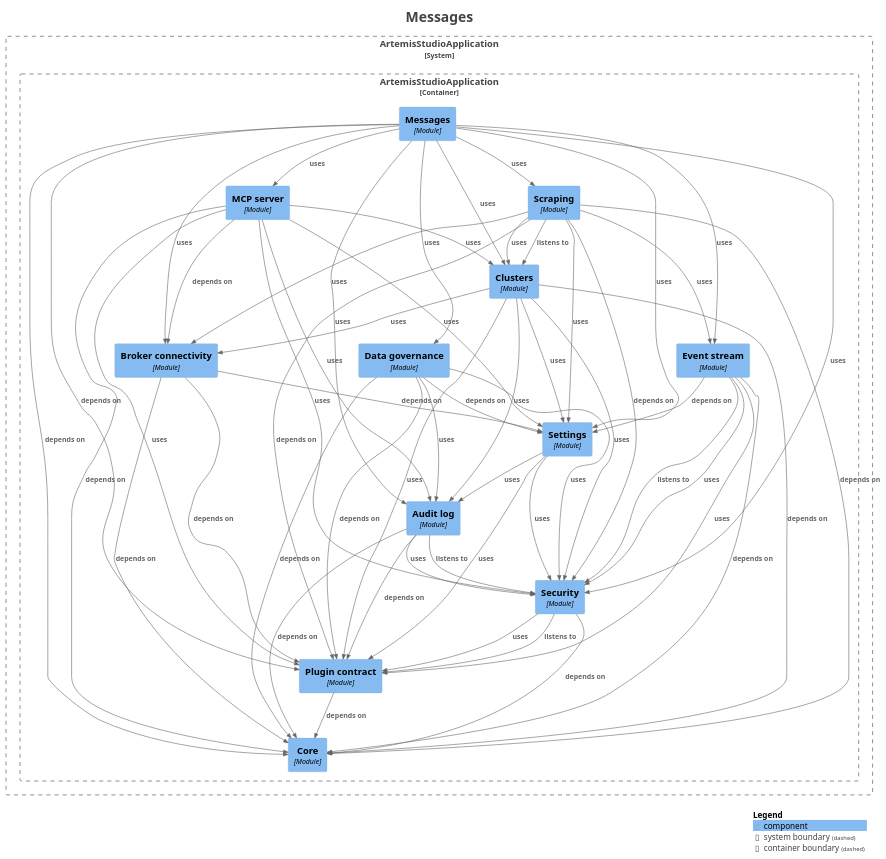
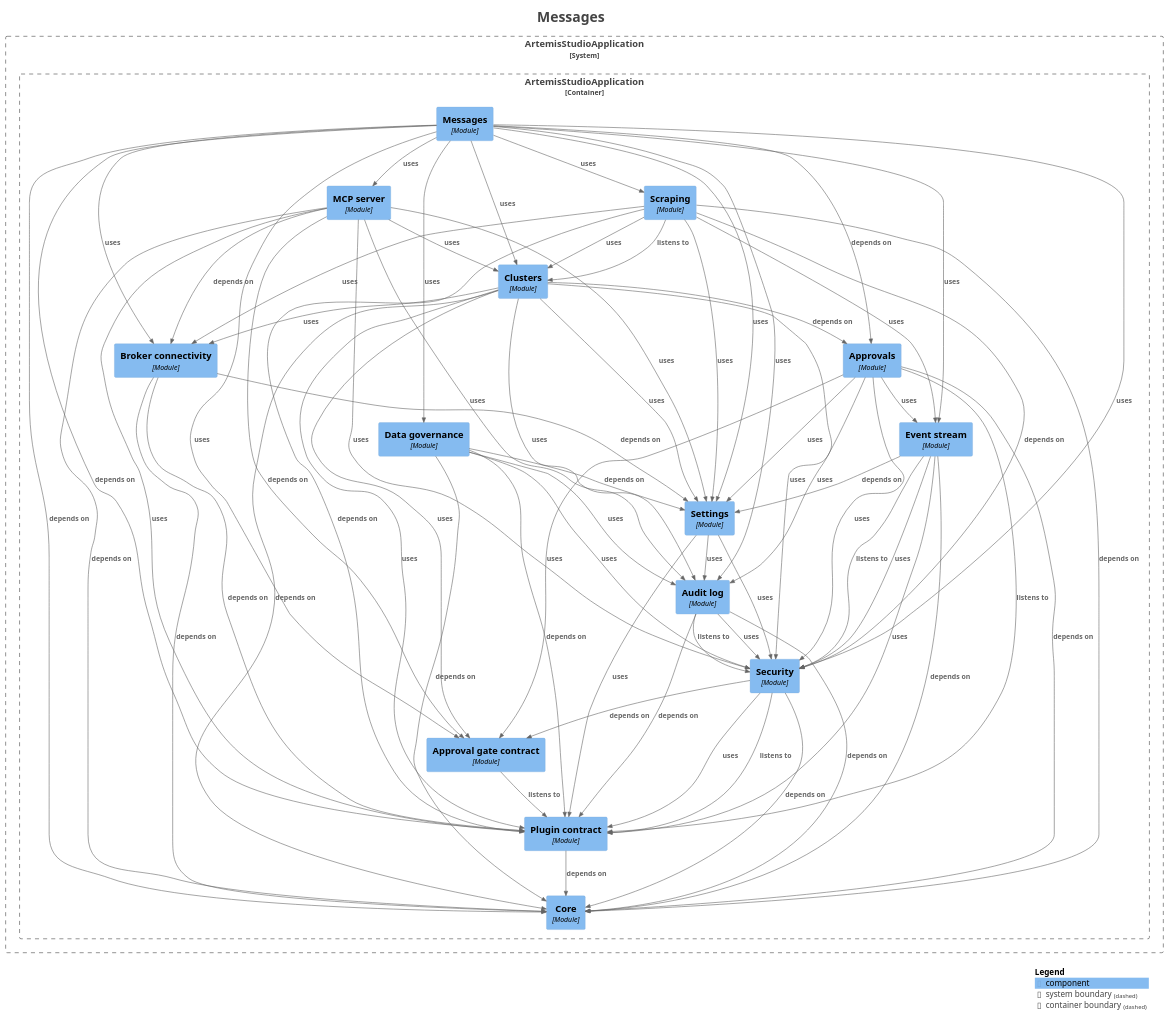
One commit to sudoitir/artemis-studio changed the diagram in docs/modules/module-feature.messages.puml. Above: the diagram before and after it, drawn with PlantUML. The commit also changed 12 other files, not shown here.

Commit message:
docs(modules): regenerate the module diagrams for the gated operations

```diff
--- a/docs/modules/module-feature.messages.puml
+++ b/docs/modules/module-feature.messages.puml
@@ -17,6 +17,8 @@
 
 System_Boundary("ArtemisStudioApplication_boundary", "ArtemisStudioApplication", $tags="") {
   Container_Boundary("ArtemisStudioApplication.ArtemisStudioApplication_boundary", "ArtemisStudioApplication", $tags="") {
+    Component(ArtemisStudioApplication.ArtemisStudioApplication.Approvalgatecontract, "Approval gate contract", $techn="Module", $descr="", $tags="", $link="")
+    Component(ArtemisStudioApplication.ArtemisStudioApplication.Approvals, "Approvals", $techn="Module", $descr="", $tags="", $link="")
     Component(ArtemisStudioApplication.ArtemisStudioApplication.Auditlog, "Audit log", $techn="Module", $descr="", $tags="", $link="")
     Component(ArtemisStudioApplication.ArtemisStudioApplication.Brokerconnectivity, "Broker connectivity", $techn="Module", $descr="", $tags="", $link="")
     Component(ArtemisStudioApplication.ArtemisStudioApplication.Clusters, "Clusters", $techn="Module", $descr="", $tags="", $link="")
@@ -33,6 +35,14 @@
 
 }
 
+Rel(ArtemisStudioApplication.ArtemisStudioApplication.Approvalgatecontract, ArtemisStudioApplication.ArtemisStudioApplication.Plugincontract, "listens to", $techn="", $tags="", $link="")
+Rel(ArtemisStudioApplication.ArtemisStudioApplication.Approvals, ArtemisStudioApplication.ArtemisStudioApplication.Approvalgatecontract, "uses", $techn="", $tags="", $link="")
+Rel(ArtemisStudioApplication.ArtemisStudioApplication.Approvals, ArtemisStudioApplication.ArtemisStudioApplication.Auditlog, "uses", $techn="", $tags="", $link="")
+Rel(ArtemisStudioApplication.ArtemisStudioApplication.Approvals, ArtemisStudioApplication.ArtemisStudioApplication.Core, "depends on", $techn="", $tags="", $link="")
+Rel(ArtemisStudioApplication.ArtemisStudioApplication.Approvals, ArtemisStudioApplication.ArtemisStudioApplication.Eventstream, "uses", $techn="", $tags="", $link="")
+Rel(ArtemisStudioApplication.ArtemisStudioApplication.Approvals, ArtemisStudioApplication.ArtemisStudioApplication.Plugincontract, "listens to", $techn="", $tags="", $link="")
+Rel(ArtemisStudioApplication.ArtemisStudioApplication.Approvals, ArtemisStudioApplication.ArtemisStudioApplication.Security, "uses", $techn="", $tags="", $link="")
+Rel(ArtemisStudioApplication.ArtemisStudioApplication.Approvals, ArtemisStudioApplication.ArtemisStudioApplication.Settings, "uses", $techn="", $tags="", $link="")
 Rel(ArtemisStudioApplication.ArtemisStudioApplication.Auditlog, ArtemisStudioApplication.ArtemisStudioApplication.Core, "depends on", $techn="", $tags="", $link="")
 Rel(ArtemisStudioApplication.ArtemisStudioApplication.Auditlog, ArtemisStudioApplication.ArtemisStudioApplication.Plugincontract, "depends on", $techn="", $tags="", $link="")
 Rel(ArtemisStudioApplication.ArtemisStudioApplication.Auditlog, ArtemisStudioApplication.ArtemisStudioApplication.Security, "listens to", $techn="", $tags="", $link="")
@@ -40,6 +50,8 @@
 Rel(ArtemisStudioApplication.ArtemisStudioApplication.Brokerconnectivity, ArtemisStudioApplication.ArtemisStudioApplication.Core, "depends on", $techn="", $tags="", $link="")
 Rel(ArtemisStudioApplication.ArtemisStudioApplication.Brokerconnectivity, ArtemisStudioApplication.ArtemisStudioApplication.Plugincontract, "depends on", $techn="", $tags="", $link="")
 Rel(ArtemisStudioApplication.ArtemisStudioApplication.Brokerconnectivity, ArtemisStudioApplication.ArtemisStudioApplication.Settings, "depends on", $techn="", $tags="", $link="")
+Rel(ArtemisStudioApplication.ArtemisStudioApplication.Clusters, ArtemisStudioApplication.ArtemisStudioApplication.Approvalgatecontract, "uses", $techn="", $tags="", $link="")
+Rel(ArtemisStudioApplication.ArtemisStudioApplication.Clusters, ArtemisStudioApplication.ArtemisStudioApplication.Approvals, "depends on", $techn="", $tags="", $link="")
 Rel(ArtemisStudioApplication.ArtemisStudioApplication.Clusters, ArtemisStudioApplication.ArtemisStudioApplication.Auditlog, "uses", $techn="", $tags="", $link="")
 Rel(ArtemisStudioApplication.ArtemisStudioApplication.Clusters, ArtemisStudioApplication.ArtemisStudioApplication.Brokerconnectivity, "uses", $techn="", $tags="", $link="")
 Rel(ArtemisStudioApplication.ArtemisStudioApplication.Clusters, ArtemisStudioApplication.ArtemisStudioApplication.Core, "depends on", $techn="", $tags="", $link="")
@@ -56,6 +68,7 @@
 Rel(ArtemisStudioApplication.ArtemisStudioApplication.Eventstream, ArtemisStudioApplication.ArtemisStudioApplication.Security, "listens to", $techn="", $tags="", $link="")
 Rel(ArtemisStudioApplication.ArtemisStudioApplication.Eventstream, ArtemisStudioApplication.ArtemisStudioApplication.Security, "uses", $techn="", $tags="", $link="")
 Rel(ArtemisStudioApplication.ArtemisStudioApplication.Eventstream, ArtemisStudioApplication.ArtemisStudioApplication.Settings, "depends on", $techn="", $tags="", $link="")
+Rel(ArtemisStudioApplication.ArtemisStudioApplication.MCPserver, ArtemisStudioApplication.ArtemisStudioApplication.Approvalgatecontract, "depends on", $techn="", $tags="", $link="")
 Rel(ArtemisStudioApplication.ArtemisStudioApplication.MCPserver, ArtemisStudioApplication.ArtemisStudioApplication.Auditlog, "uses", $techn="", $tags="", $link="")
 Rel(ArtemisStudioApplication.ArtemisStudioApplication.MCPserver, ArtemisStudioApplication.ArtemisStudioApplication.Brokerconnectivity, "depends on", $techn="", $tags="", $link="")
 Rel(ArtemisStudioApplication.ArtemisStudioApplication.MCPserver, ArtemisStudioApplication.ArtemisStudioApplication.Clusters, "uses", $techn="", $tags="", $link="")
@@ -63,6 +76,8 @@
 Rel(ArtemisStudioApplication.ArtemisStudioApplication.MCPserver, ArtemisStudioApplication.ArtemisStudioApplication.Plugincontract, "uses", $techn="", $tags="", $link="")
 Rel(ArtemisStudioApplication.ArtemisStudioApplication.MCPserver, ArtemisStudioApplication.ArtemisStudioApplication.Security, "uses", $techn="", $tags="", $link="")
 Rel(ArtemisStudioApplication.ArtemisStudioApplication.MCPserver, ArtemisStudioApplication.ArtemisStudioApplication.Settings, "uses", $techn="", $tags="", $link="")
+Rel(ArtemisStudioApplication.ArtemisStudioApplication.Messages, ArtemisStudioApplication.ArtemisStudioApplication.Approvalgatecontract, "uses", $techn="", $tags="", $link="")
+Rel(ArtemisStudioApplication.ArtemisStudioApplication.Messages, ArtemisStudioApplication.ArtemisStudioApplication.Approvals, "depends on", $techn="", $tags="", $link="")
 Rel(ArtemisStudioApplication.ArtemisStudioApplication.Messages, ArtemisStudioApplication.ArtemisStudioApplication.Auditlog, "uses", $techn="", $tags="", $link="")
 Rel(ArtemisStudioApplication.ArtemisStudioApplication.Messages, ArtemisStudioApplication.ArtemisStudioApplication.Brokerconnectivity, "uses", $techn="", $tags="", $link="")
 Rel(ArtemisStudioApplication.ArtemisStudioApplication.Messages, ArtemisStudioApplication.ArtemisStudioApplication.Clusters, "uses", $techn="", $tags="", $link="")
@@ -83,6 +98,7 @@
 Rel(ArtemisStudioApplication.ArtemisStudioApplication.Scraping, ArtemisStudioApplication.ArtemisStudioApplication.Plugincontract, "depends on", $techn="", $tags="", $link="")
 Rel(ArtemisStudioApplication.ArtemisStudioApplication.Scraping, ArtemisStudioApplication.ArtemisStudioApplication.Security, "depends on", $techn="", $tags="", $link="")
 Rel(ArtemisStudioApplication.ArtemisStudioApplication.Scraping, ArtemisStudioApplication.ArtemisStudioApplication.Settings, "uses", $techn="", $tags="", $link="")
+Rel(ArtemisStudioApplication.ArtemisStudioApplication.Security, ArtemisStudioApplication.ArtemisStudioApplication.Approvalgatecontract, "depends on", $techn="", $tags="", $link="")
 Rel(ArtemisStudioApplication.ArtemisStudioApplication.Security, ArtemisStudioApplication.ArtemisStudioApplication.Core, "depends on", $techn="", $tags="", $link="")
 Rel(ArtemisStudioApplication.ArtemisStudioApplication.Security, ArtemisStudioApplication.ArtemisStudioApplication.Plugincontract, "listens to", $techn="", $tags="", $link="")
 Rel(ArtemisStudioApplication.ArtemisStudioApplication.Security, ArtemisStudioApplication.ArtemisStudioApplication.Plugincontract, "uses", $techn="", $tags="", $link="")
```
